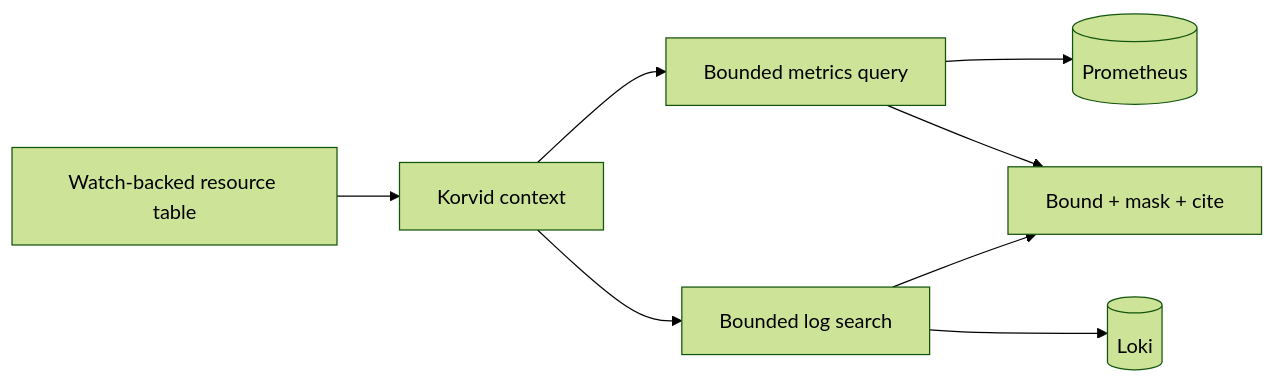
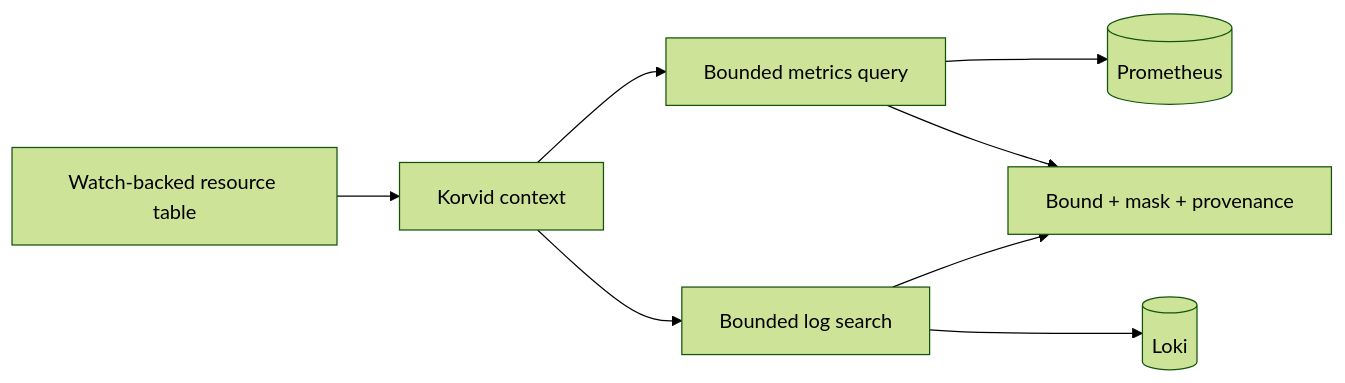
The diagram in docs/observability.md (hellices/korvid), drawn with Mermaid (forest theme) before and after one commit. The commit also changed other lines of this file and 7 other files, not shown here.

````diff
--- a/docs/observability.md
+++ b/docs/observability.md
@@ -67,8 +67,8 @@
 ```mermaid
 flowchart LR
     WATCH["Watch-backed resource table"] --> UI["Korvid context"]
     UI --> METRICS["Bounded metrics query"] --> PROM[("Prometheus")]
     UI --> LOGS["Bounded log search"] --> LOKI[("Loki")]
-    METRICS --> MASK["Bound + mask + cite"]
+    METRICS --> MASK["Bound + mask + provenance"]
     LOGS --> MASK
 ```
````
